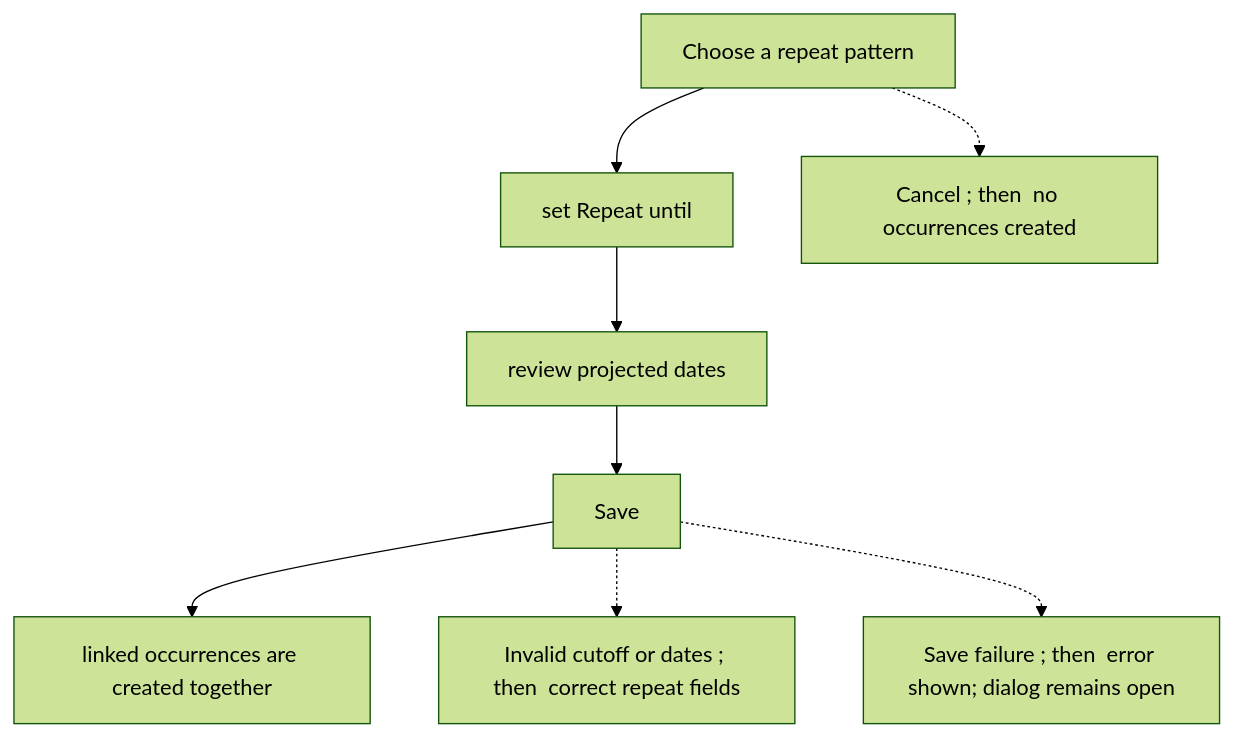
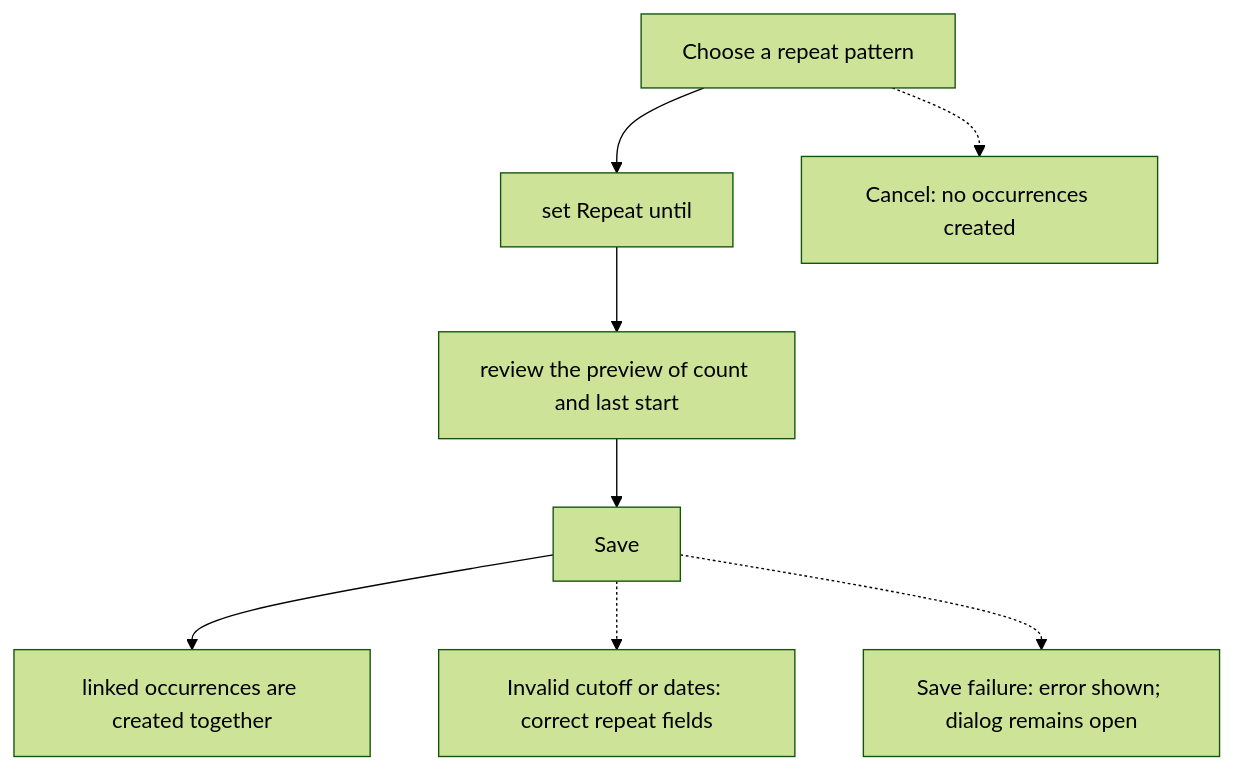
Before and after one commit to Kevinjohn/capacitylens: the first of 2 diagrams in user-stories/allocation/US-ALL-09-repeat-creation.md, drawn with Mermaid (forest theme). The commit also changed other lines of this file and 119 other files, not shown here.

First line of the commit message:
docs: correct story text and flow diagrams against current source

````diff
--- a/user-stories/allocation/US-ALL-09-repeat-creation.md
+++ b/user-stories/allocation/US-ALL-09-repeat-creation.md
@@ -22,18 +23,18 @@
 ```mermaid
 flowchart TD
   N1["Choose a repeat pattern"]
   N2["set Repeat until"]
-  N3["review projected dates"]
+  N3["review the preview of count and last start"]
   N4["Save"]
   N5["linked occurrences are created together"]
-  B1["Invalid cutoff or dates ; then  correct repeat fields"]
-  B2["Save failure ; then  error shown; dialog remains open"]
-  B3["Cancel ; then  no occurrences created"]
+  B1["Invalid cutoff or dates: correct repeat fields"]
+  B2["Save failure: error shown; dialog remains open"]
+  B3["Cancel: no occurrences created"]
   N1 --> N2
   N2 --> N3
   N3 --> N4
   N4 --> N5
   N4 -.-> B1
   N4 -.-> B2
   N1 -.-> B3
 ```
````
